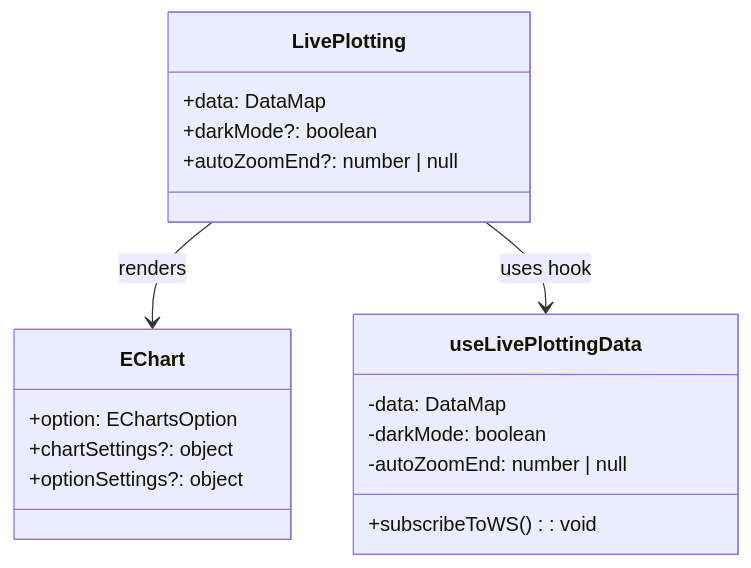
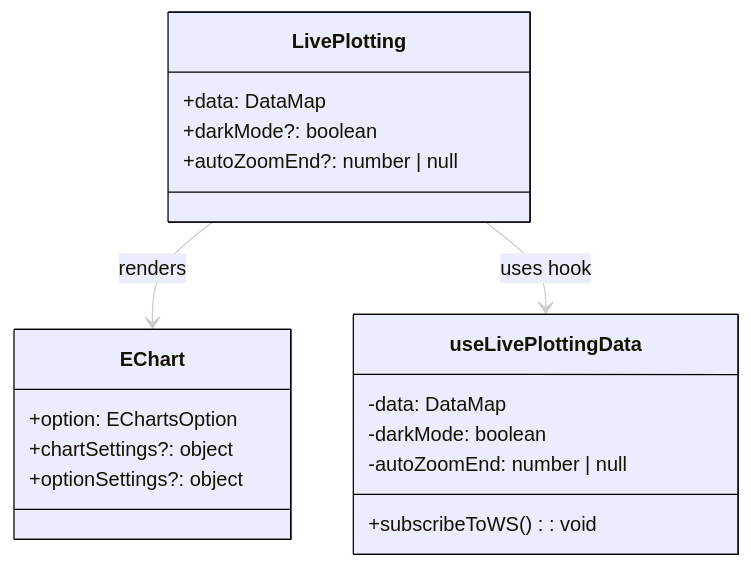
One commit to INTO-CPS-Association/into-cps-application changed the fifth of 7 diagrams in docs/APPLICATION LAYERS.md. Above: the diagram before and after it, drawn with Mermaid. The commit also changed other lines of this file and 5 other files, not shown here.

````diff
--- a/docs/APPLICATION LAYERS.md
+++ b/docs/APPLICATION LAYERS.md
@@ -436,24 +492,38 @@
 ```mermaid
+%%{init: {
+  "theme": "default",
+  "themeVariables": {
+    "primaryColor": "#000000",
+    "edgeLabelBackground": "#ffffff",
+    "nodeTextColor": "#000000",
+    "nodeBorder": "#000000",
+    "clusterBkg": "#ffffff",
+    "clusterBorder": "#cccccc",
+    "fontFamily": "Arial, sans-serif",
+    "lineColor": "#cccccc",
+    "shadowBlur": "0"
+  }
+}}%%
 classDiagram
     class LivePlotting {
         +data: DataMap
         +darkMode?: boolean
         +autoZoomEnd?: number | null
     }
 
     class EChart {
         +option: EChartsOption
         +chartSettings?: object
         +optionSettings?: object
     }
 
     class useLivePlottingData {
         -data: DataMap
         -darkMode: boolean
         -autoZoomEnd: number | null
         +subscribeToWS(): void
     }
 
     LivePlotting --> EChart : renders
     LivePlotting --> useLivePlottingData : uses hook
 ```
````
